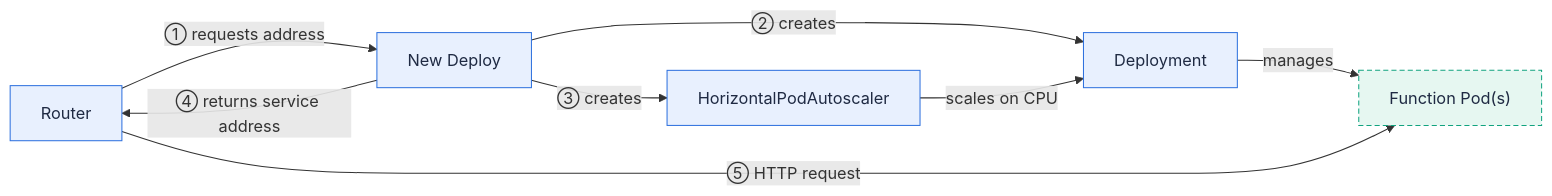
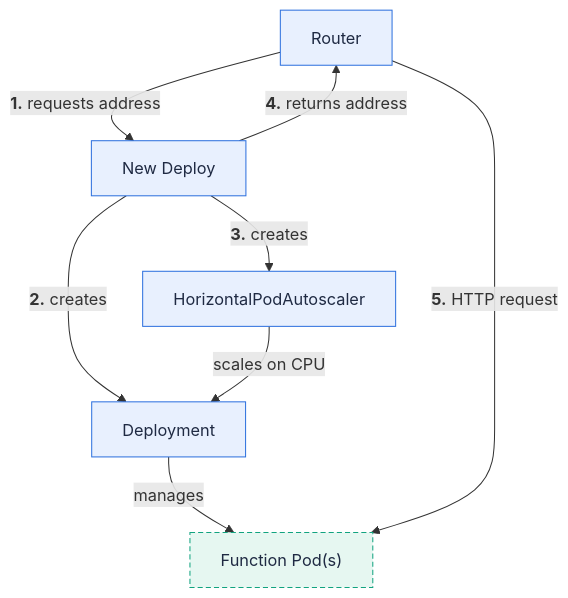
The second of 4 diagrams in content/en/docs/concepts/executors.md (fission/fission.io), drawn with Mermaid before and after one commit. The commit also changed other lines of this file and 23 other files, not shown here.

First line of the commit message:
Make diagrams readable inline: compact TB layouts, bold crimson step numbers

````diff
--- a/content/en/docs/concepts/executors.md
+++ b/content/en/docs/concepts/executors.md
@@ -65,13 +65,13 @@
 ```mermaid
-flowchart LR
-  router["Router"]:::fission -->|"① requests address"| nd["New Deploy"]:::fission
-  nd -->|"② creates"| deploy["Deployment"]:::fission
-  nd -->|"③ creates"| hpa["HorizontalPodAutoscaler"]:::fission
+flowchart TB
+  router["Router"]:::fission -->|"<b>1.</b> requests address"| nd["New Deploy"]:::fission
+  nd -->|"<b>2.</b> creates"| deploy["Deployment"]:::fission
+  nd -->|"<b>3.</b> creates"| hpa["HorizontalPodAutoscaler"]:::fission
+  hpa -->|"scales on CPU"| deploy
   deploy -->|"manages"| fnPod["Function Pod(s)"]:::pod
-  hpa -->|"scales on CPU"| deploy
-  nd -->|"④ returns service address"| router
-  router -->|"⑤ HTTP request"| fnPod
+  nd -->|"<b>4.</b> returns address"| router
+  router -->|"<b>5.</b> HTTP request"| fnPod
 
   classDef fission fill:#e8f0fe,stroke:#2d70de,color:#1f2a43
   classDef pod fill:#e6f7f1,stroke:#11a37f,color:#1f2a43,stroke-dasharray:5 3
 ```
````
